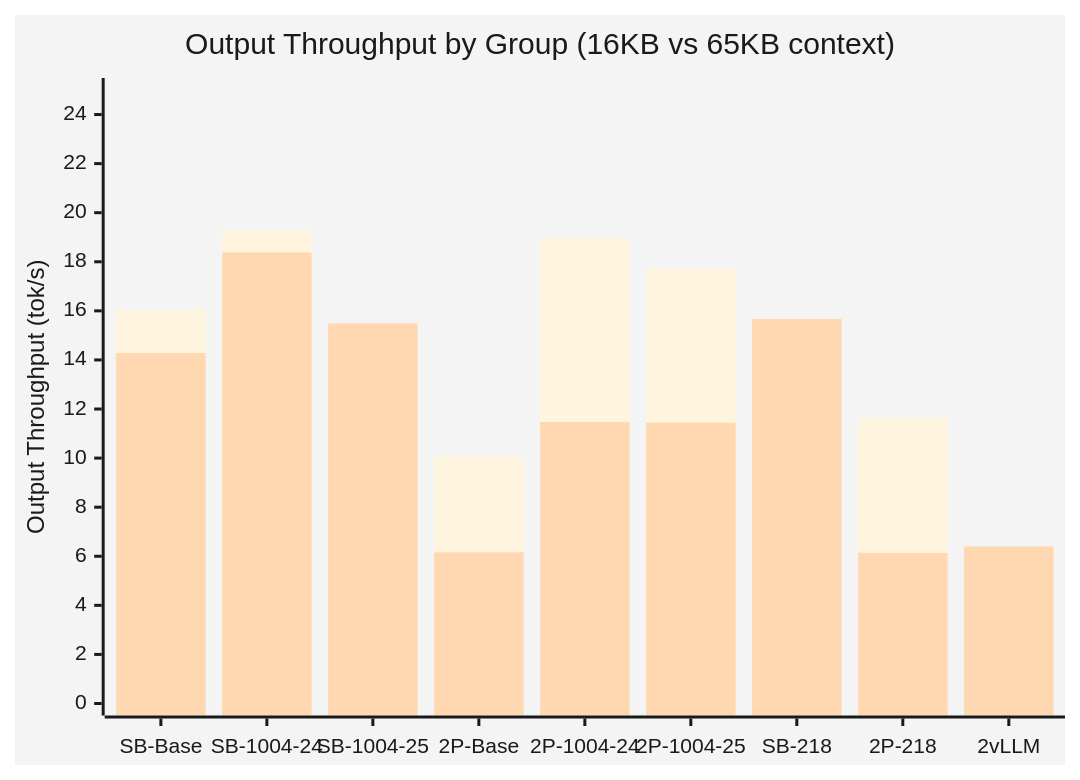
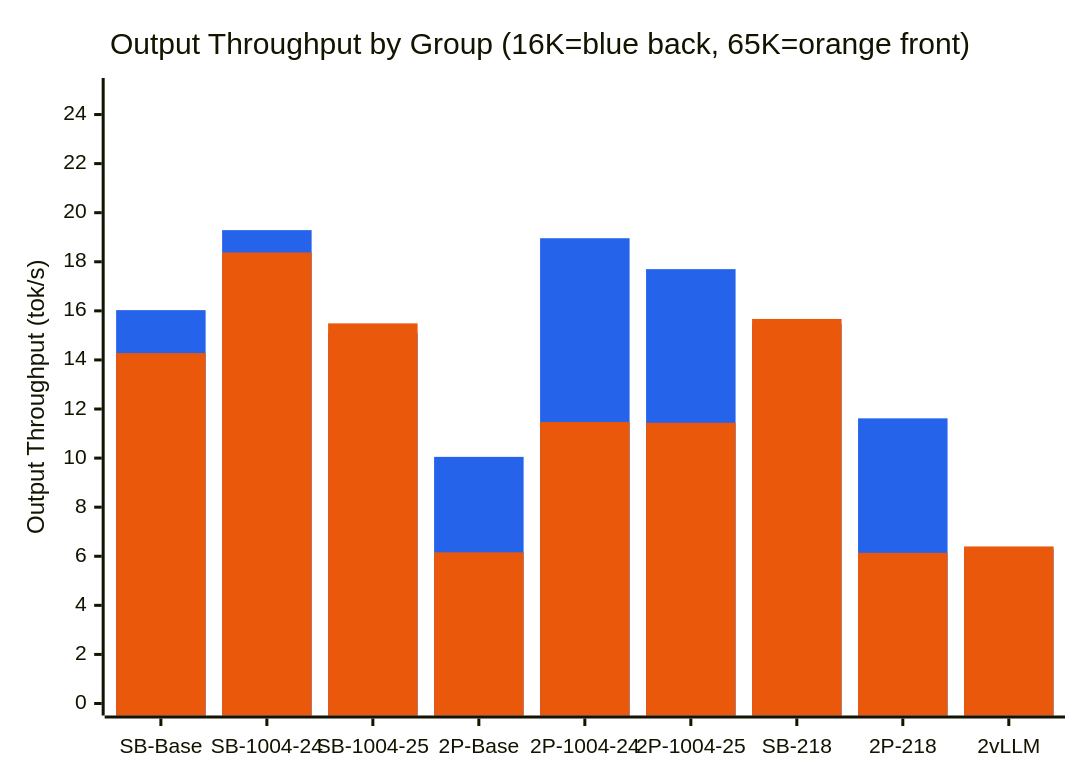
The fourth of 4 diagrams in deployment/cases/cache-type-routing-validation/RESULTS_SUMMARY.md (Ceng23333/InfiniLM-SVC), drawn with Mermaid before and after one commit. The commit also changed other lines of this file, not shown here.

Commit message:
update the style of chart

````diff
--- a/deployment/cases/cache-type-routing-validation/RESULTS_SUMMARY.md
+++ b/deployment/cases/cache-type-routing-validation/RESULTS_SUMMARY.md
@@ -258,9 +258,9 @@
 ```mermaid
-%%{init: {'theme': 'base', 'themeVariables': {'primaryTextColor': '#1a1a1a', 'titleColor': '#1a1a1a', 'lineColor': '#333'}}}%%
+%%{init: {'theme': 'base', 'themeVariables': {'primaryTextColor': '#1a1a1a', 'titleColor': '#1a1a1a', 'lineColor': '#333', 'xyChart': {'plotColorPalette': "#2563eb, #ea580c"}}}}%%
 xychart-beta
-    title "Output Throughput by Group (16KB vs 65KB context)"
+    title "Output Throughput by Group (16K=blue back, 65K=orange front)"
     x-axis [SB-Base, SB-1004-24, SB-1004-25, 2P-Base, 2P-1004-24, 2P-1004-25, SB-218, 2P-218, 2vLLM]
     y-axis "Output Throughput (tok/s)" 0 --> 25
     bar [16.03, 19.29, 15.09, 10.05, 18.96, 17.7, 15.47, 11.62, 6.30]
     bar [14.28, 18.38, 15.49, 6.16, 11.47, 11.44, 15.67, 6.14, 6.40]
 ```
````
